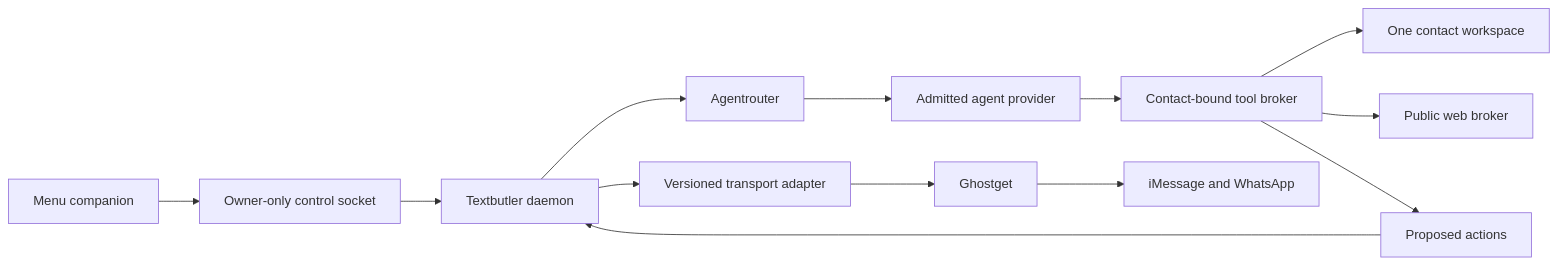
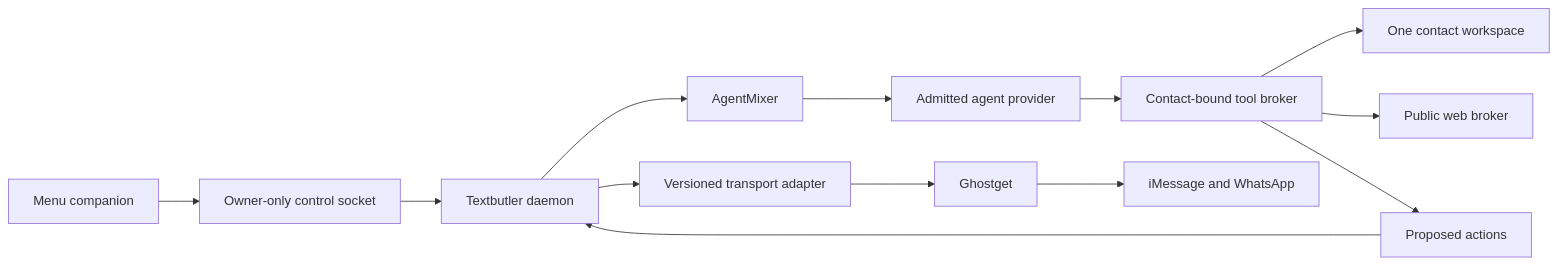
Before and after one commit to hraness/textbutler: the diagram in docs/textbutler/architecture.md, drawn with Mermaid. The commit also changed other lines of this file and 135 other files, not shown here.

````diff
--- a/docs/textbutler/architecture.md
+++ b/docs/textbutler/architecture.md
@@ -9,15 +9,15 @@
 ```mermaid
 flowchart LR
   Menu[Menu companion] --> Control[Owner-only control socket]
   Control --> Butler[Textbutler daemon]
-  Butler --> Router[Agentrouter]
+  Butler --> Router[AgentMixer]
   Router --> Provider[Admitted agent provider]
   Provider --> Tools[Contact-bound tool broker]
   Tools --> Memory[One contact workspace]
   Tools --> Web[Public web broker]
   Tools --> Intents[Proposed actions]
   Intents --> Butler
   Butler --> Transport[Versioned transport adapter]
   Transport --> Ghostget[Ghostget]
   Ghostget --> Messages[iMessage and WhatsApp]
 ```
````
